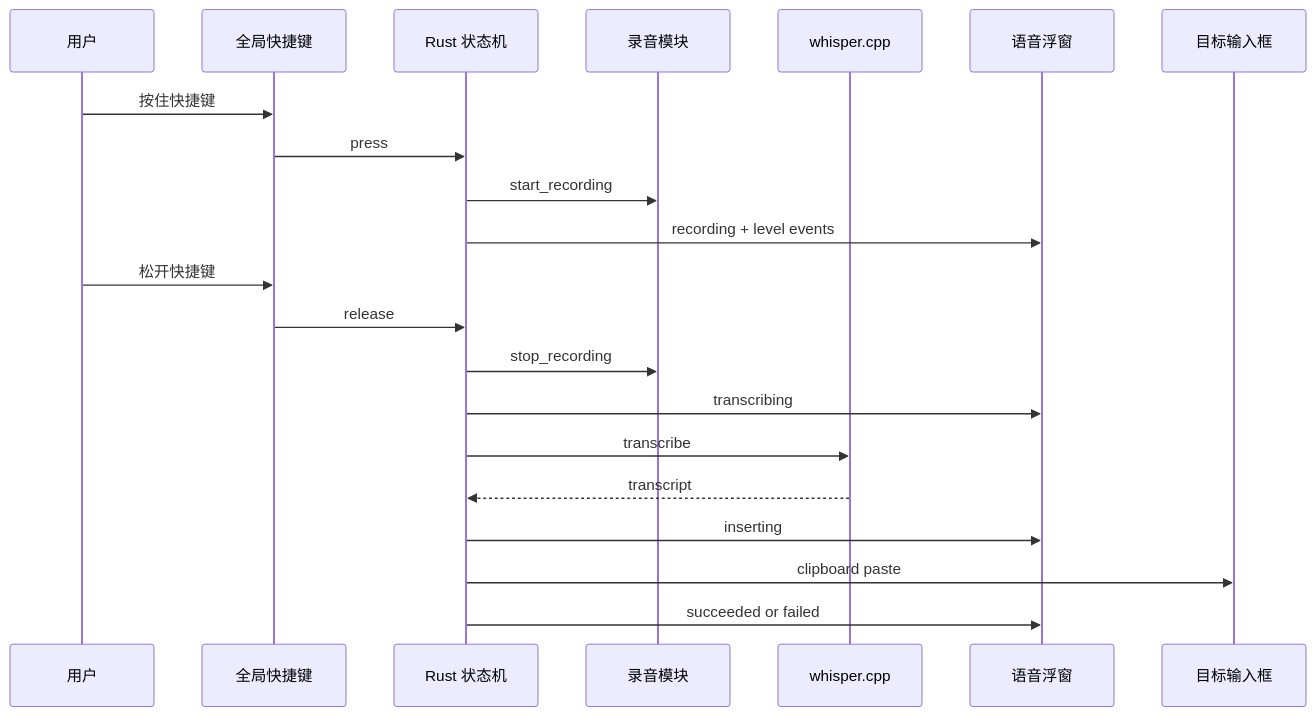
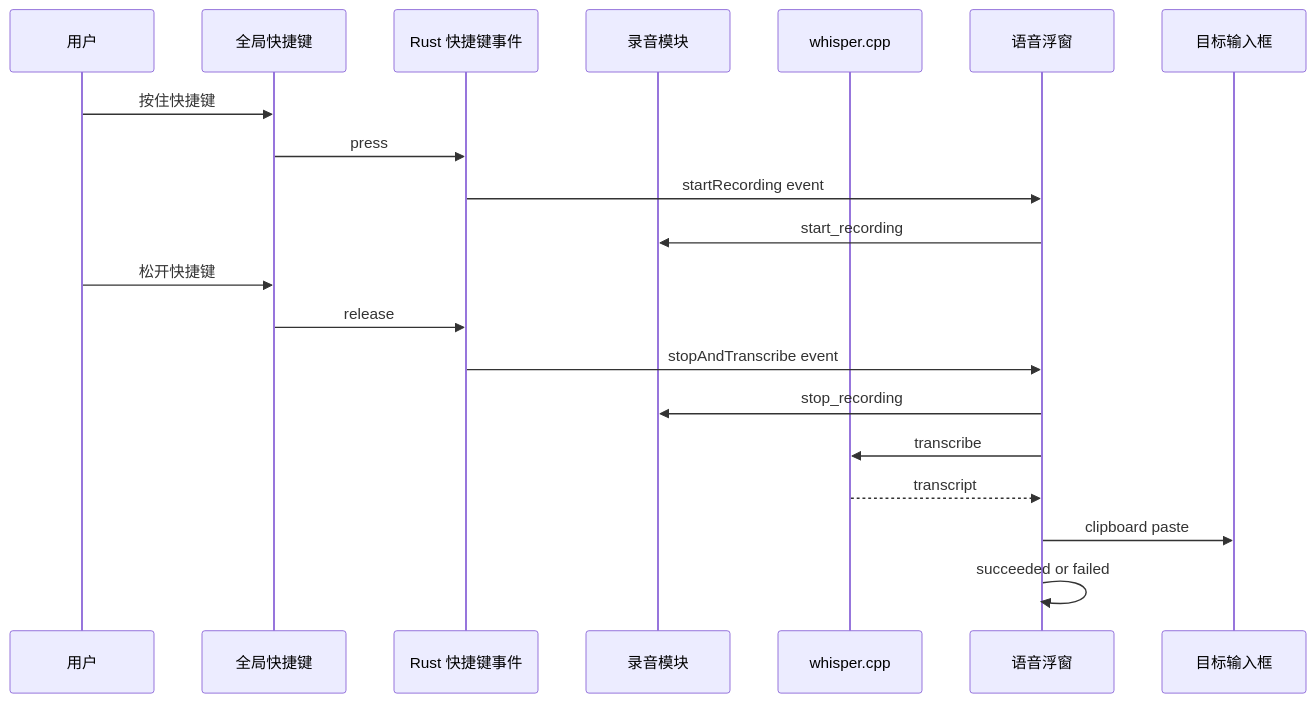
One commit to snowcraneww/vox-type changed the diagram in docs/superpowers/specs/2026-05-27-v2-daily-dictation-design.md. Above: the diagram before and after it, drawn with Mermaid. The commit also changed other lines of this file and 3 other files, not shown here.

````diff
--- a/docs/superpowers/specs/2026-05-27-v2-daily-dictation-design.md
+++ b/docs/superpowers/specs/2026-05-27-v2-daily-dictation-design.md
@@ -108,24 +108,23 @@
 ```mermaid
 sequenceDiagram
   participant User as 用户
   participant Hotkey as 全局快捷键
-  participant Rust as Rust 状态机
+  participant Rust as Rust 快捷键事件
   participant Recorder as 录音模块
   participant ASR as whisper.cpp
   participant UI as 语音浮窗
   participant Target as 目标输入框
 
   User->>Hotkey: 按住快捷键
   Hotkey->>Rust: press
-  Rust->>Recorder: start_recording
-  Rust->>UI: recording + level events
+  Rust->>UI: startRecording event
+  UI->>Recorder: start_recording
   User->>Hotkey: 松开快捷键
   Hotkey->>Rust: release
-  Rust->>Recorder: stop_recording
-  Rust->>UI: transcribing
-  Rust->>ASR: transcribe
-  ASR-->>Rust: transcript
-  Rust->>UI: inserting
-  Rust->>Target: clipboard paste
-  Rust->>UI: succeeded or failed
+  Rust->>UI: stopAndTranscribe event
+  UI->>Recorder: stop_recording
+  UI->>ASR: transcribe
+  ASR-->>UI: transcript
+  UI->>Target: clipboard paste
+  UI->>UI: succeeded or failed
 ```
````
